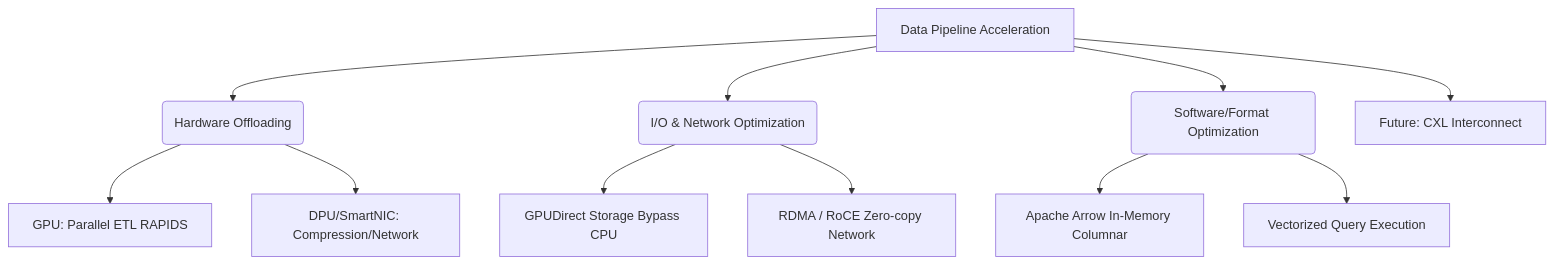
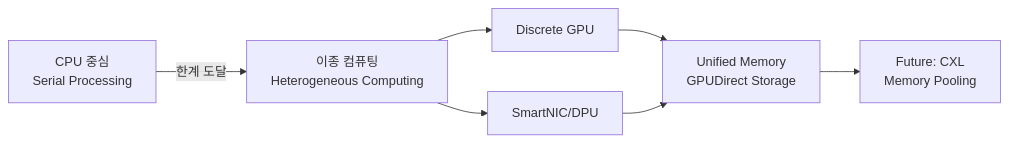
The diagram in content/studynote/1_computer_architecture/15_advanced_topics/645_data_pipeline_acceleration.md (agnusdei1207/brainscience), drawn with Mermaid before and after one commit. The commit also changed other lines of this file and 444 other files, not shown here.

````diff
--- a/content/studynote/1_computer_architecture/15_advanced_topics/645_data_pipeline_acceleration.md
+++ b/content/studynote/1_computer_architecture/15_advanced_topics/645_data_pipeline_acceleration.md
@@ -66,13 +25,11 @@
 ```mermaid
-graph TD
-    A[Data Pipeline Acceleration] --> B(Hardware Offloading)
-    A --> C(I/O & Network Optimization)
-    A --> D(Software/Format Optimization)
-    B --> E[GPU: Parallel ETL RAPIDS]
-    B --> F[DPU/SmartNIC: Compression/Network]
-    C --> G[GPUDirect Storage Bypass CPU]
-    C --> H[RDMA / RoCE Zero-copy Network]
-    D --> I[Apache Arrow In-Memory Columnar]
-    D --> J[Vectorized Query Execution]
-    A --> K[Future: CXL Interconnect]
+graph LR
+    A[CPU 중심<br>Serial Processing] -->|한계 도달| B[이종 컴퓨팅<br>Heterogeneous Computing]
+    B --> C[Discrete GPU]
+    B --> D[SmartNIC/DPU]
+    
+    C --> E[Unified Memory<br>GPUDirect Storage]
+    D --> E
+    
+    E --> F[Future: CXL<br>Memory Pooling]
 ```
````
